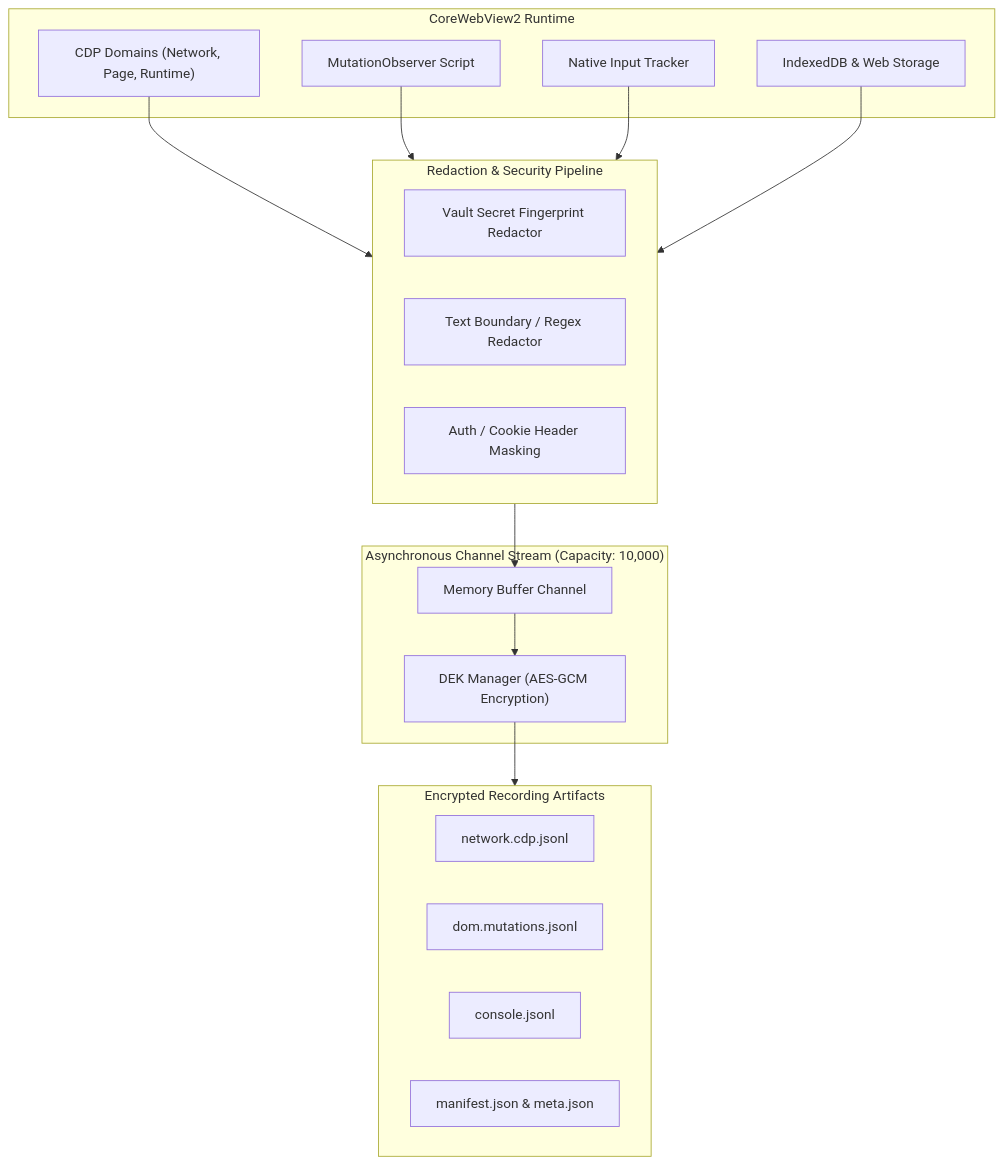
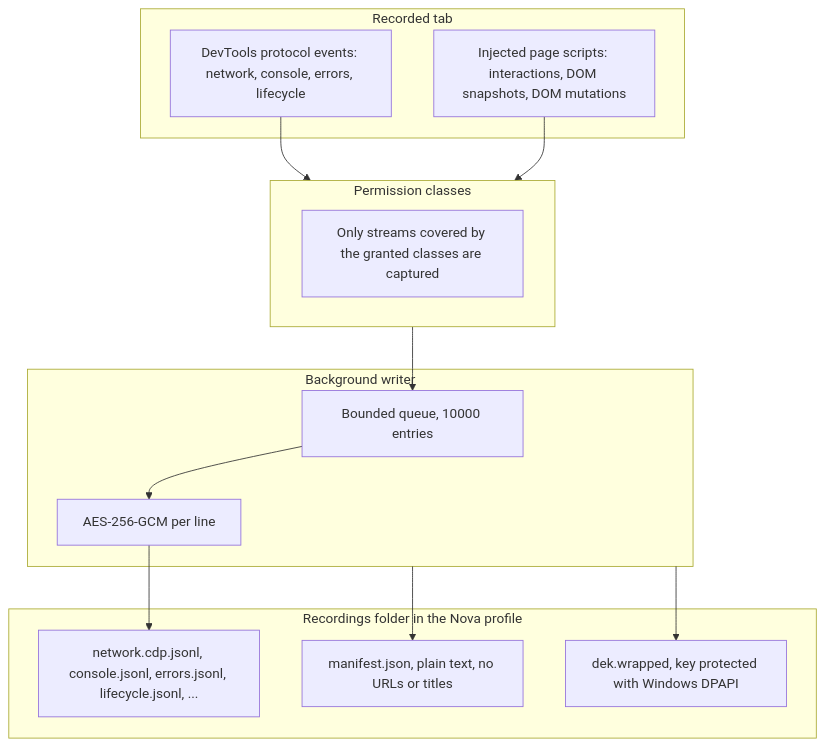
One commit to joelaniol/nova changed the diagram in docs/core-features/session-recording.md. Above: the diagram before and after it, drawn with Mermaid. The commit also changed other lines of this file and 495 other files, not shown here.

````diff
--- a/docs/core-features/session-recording.md
+++ b/docs/core-features/session-recording.md
@@ -21,35 +21,30 @@
 ```mermaid
 flowchart TD
-    subgraph BrowserCore["CoreWebView2 Runtime"]
-        CDP["CDP Domains (Network, Page, Runtime)"]
-        DOMMut["MutationObserver Script"]
-        Interactions["Native Input Tracker"]
-        StorageEngine["IndexedDB & Web Storage"]
+    subgraph Tab["Recorded tab"]
+        CDP["DevTools protocol events: network, console, errors, lifecycle"]
+        Page["Injected page scripts: interactions, DOM snapshots, DOM mutations"]
     end
 
-    subgraph RedactionLayer["Redaction & Security Pipeline"]
-        VaultFilter["Vault Secret Fingerprint Redactor"]
-        BoundaryFilter["Text Boundary / Regex Redactor"]
-        HeaderFilter["Auth / Cookie Header Masking"]
+    subgraph Gate["Permission classes"]
+        Classes["Only streams covered by the granted classes are captured"]
     end
 
-    subgraph AsyncPipeline["Asynchronous Channel Stream (Capacity: 10,000)"]
-        Queue["Memory Buffer Channel"]
-        DEK["DEK Manager (AES-GCM Encryption)"]
+    subgraph Writer["Background writer"]
+        Queue["Bounded queue, 10000 entries"]
+        Enc["AES-256-GCM per line"]
     end
 
-    subgraph StorageArtifacts["Encrypted Recording Artifacts"]
-        NetStream["network.cdp.jsonl"]
-        DOMStream["dom.mutations.jsonl"]
-        ConsoleStream["console.jsonl"]
-        Manifest["manifest.json & meta.json"]
+    subgraph Disk["Recordings folder in the Nova profile"]
+        Streams["network.cdp.jsonl, console.jsonl, errors.jsonl, lifecycle.jsonl, ..."]
+        Manifest["manifest.json, plain text, no URLs or titles"]
+        Key["dek.wrapped, key protected with Windows DPAPI"]
     end
 
-    CDP --> RedactionLayer
-    DOMMut --> RedactionLayer
-    Interactions --> RedactionLayer
-    StorageEngine --> RedactionLayer
-    RedactionLayer --> Queue
-    Queue --> DEK
-    DEK --> StorageArtifacts
+    CDP --> Gate
+    Page --> Gate
+    Gate --> Queue
+    Queue --> Enc
+    Enc --> Streams
+    Writer --> Manifest
+    Writer --> Key
 ```
````
